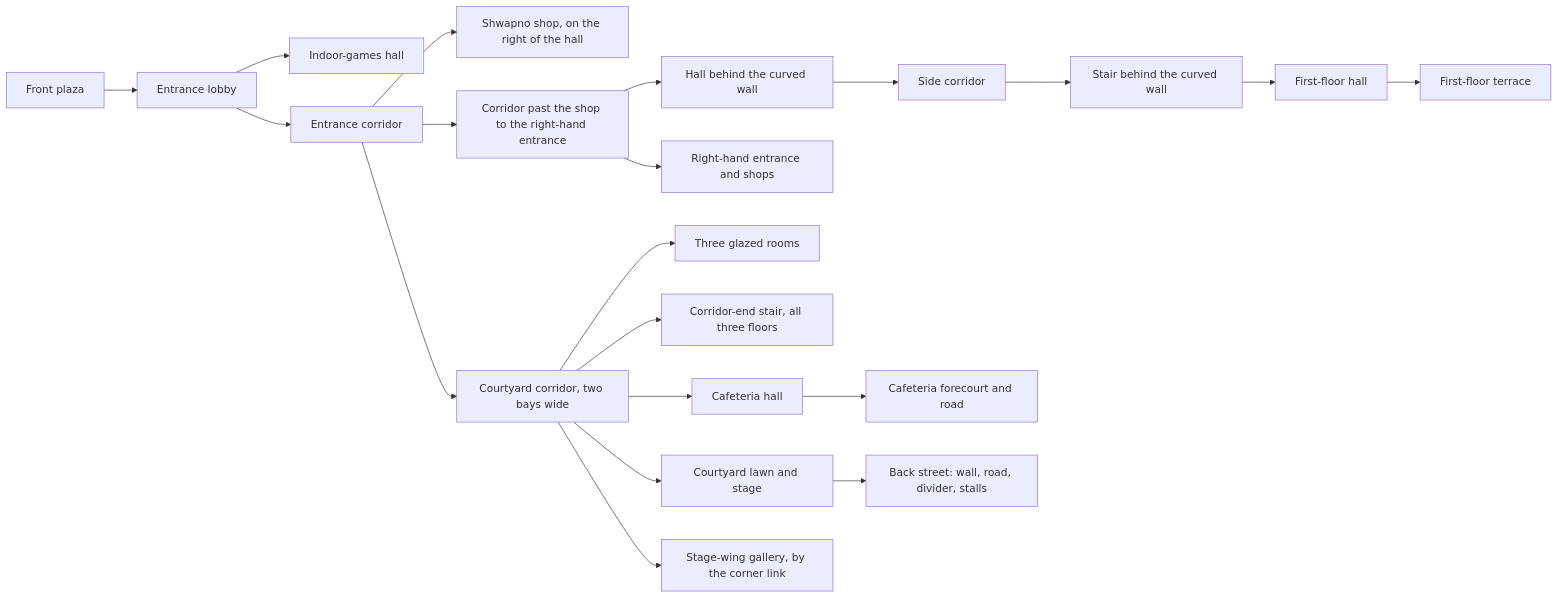
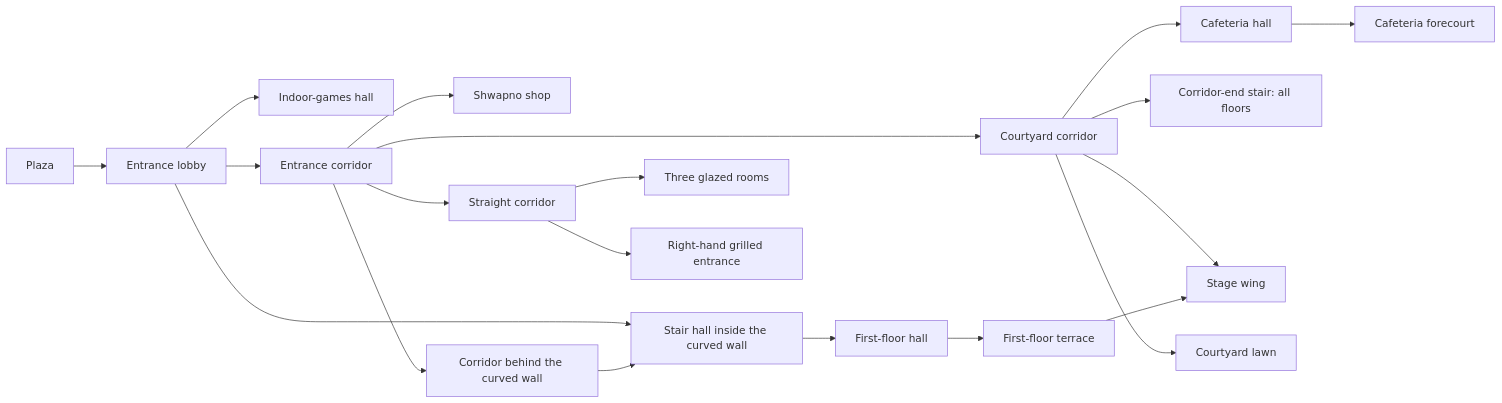
The second of 3 diagrams in README.md (almahmud0303/KUET_SWC_Graphics), drawn with Mermaid before and after one commit. The commit also changed other lines of this file, not shown here.

````diff
--- a/README.md
+++ b/README.md
@@ -359,22 +386,22 @@
 ```mermaid
 flowchart LR
-    Plaza[Front plaza] --> Lobby[Entrance lobby]
+    Plaza --> Lobby[Entrance lobby]
     Lobby --> Games[Indoor-games hall]
+    Lobby --> StairHall[Stair hall inside the curved wall]
     Lobby --> Axis[Entrance corridor]
-    Axis --> Shop[Shwapno shop, on the right of the hall]
-    Axis --> East[Corridor past the shop to the right-hand entrance]
-    East --> Hall[Hall behind the curved wall]
-    Axis --> Gallery[Courtyard corridor, two bays wide]
-    Hall --> Side2[Side corridor]
-    Side2 --> Stair[Stair behind the curved wall]
-    Gallery --> Rooms[Three glazed rooms]
-    Gallery --> North[Corridor-end stair, all three floors]
+    Axis --> Shop[Shwapno shop]
+    Axis --> Behind[Corridor behind the curved wall]
+    Behind --> StairHall
+    Axis --> Straight[Straight corridor]
+    Straight --> Rooms[Three glazed rooms]
+    Straight --> SideDoor[Right-hand grilled entrance]
+    Axis --> Gallery[Courtyard corridor]
     Gallery --> Dining[Cafeteria hall]
-    Gallery --> Lawn[Courtyard lawn and stage]
-    Gallery --> StageWing[Stage-wing gallery, by the corner link]
-    Dining --> Forecourt[Cafeteria forecourt and road]
-    East --> Side[Right-hand entrance and shops]
-    Lawn --> Street[Back street: wall, road, divider, stalls]
-    Stair --> Upper[First-floor hall]
+    Gallery --> EndStair[Corridor-end stair: all floors]
+    Gallery --> StageWing[Stage wing]
+    Gallery --> Lawn[Courtyard lawn]
+    Dining --> Forecourt[Cafeteria forecourt]
+    StairHall --> Upper[First-floor hall]
     Upper --> Terrace[First-floor terrace]
+    Terrace --> StageWing
 ```
````
